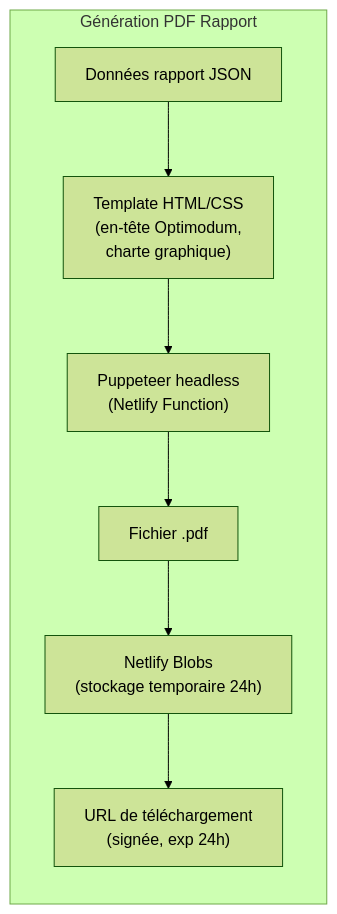
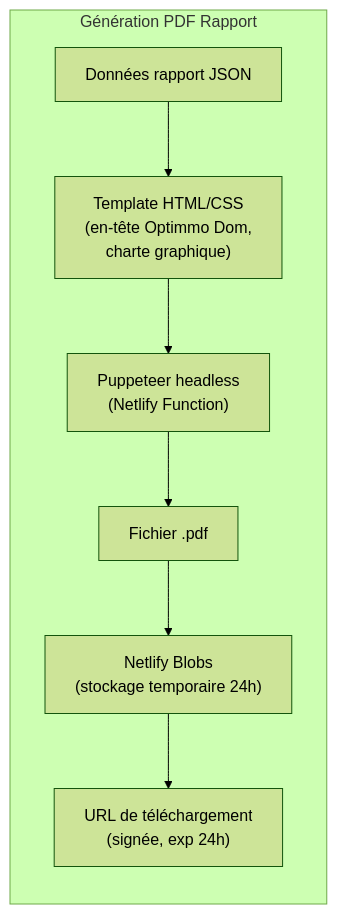
The sixth of 6 diagrams in optimodum-website/specs/05_integration_outils.md (senegal972/fidi-etude-marche), drawn with Mermaid (forest theme) before and after one commit. The commit also changed other lines of this file and 7 other files, not shown here.

First line of the commit message:
fix(optimmo-dom): correction nom société Optimmo Dom + CSS partagé Phase 2

````diff
--- a/optimodum-website/specs/05_integration_outils.md
+++ b/optimodum-website/specs/05_integration_outils.md
@@ -249,13 +249,13 @@
 ```mermaid
 graph LR
     subgraph PDF_FLOW["Génération PDF Rapport"]
         DATA["Données rapport JSON"]
-        TEMPLATE["Template HTML/CSS\n(en-tête Optimodum,\ncharte graphique)"]
+        TEMPLATE["Template HTML/CSS\n(en-tête Optimmo Dom,\ncharte graphique)"]
         PUPPETEER["Puppeteer headless\n(Netlify Function)"]
         PDF_FILE["Fichier .pdf"]
         BLOB_STORE["Netlify Blobs\n(stockage temporaire 24h)"]
         DOWNLOAD_URL["URL de téléchargement\n(signée, exp 24h)"]
     end
 
     DATA --> TEMPLATE --> PUPPETEER --> PDF_FILE --> BLOB_STORE --> DOWNLOAD_URL
 ```
````
